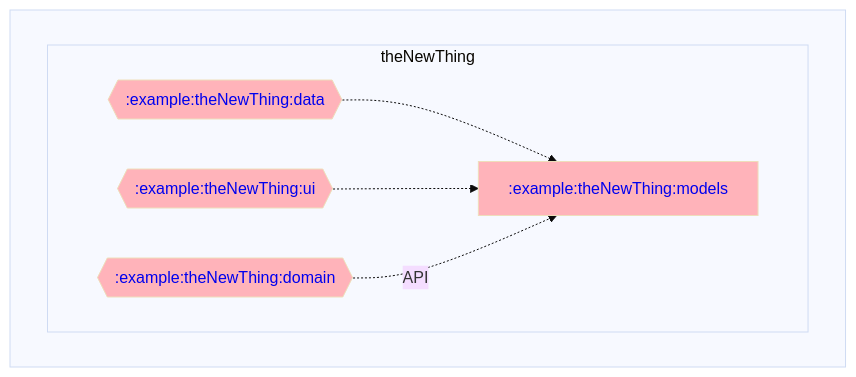
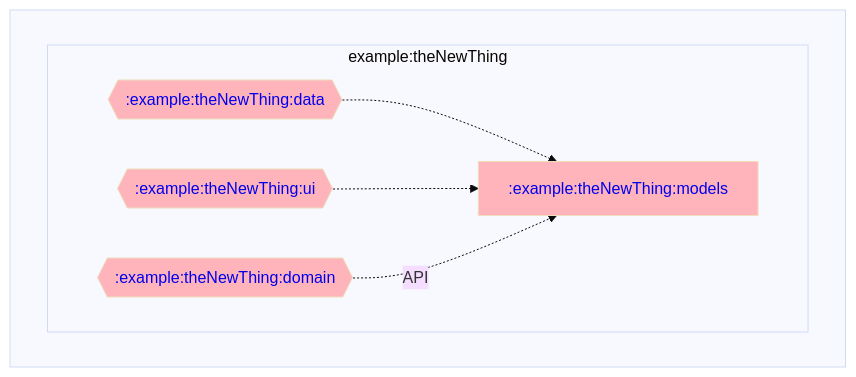
One commit to adityabhaskar/Gradle-dependency-graphs changed the diagram in example/theNewThing/models/dependencyGraph.md. Above: the diagram before and after it, drawn with Mermaid. The commit also changed 13 other files, not shown here.

Commit message:
Updated dependency graphs

````diff
--- a/example/theNewThing/models/dependencyGraph.md
+++ b/example/theNewThing/models/dependencyGraph.md
@@ -1,31 +1,31 @@
 ```mermaid
 %%{ init: { 'theme': 'base' } }%%
 graph LR;
 
 %% Styling for module nodes by type
 classDef rootNode stroke-width:4px;
 classDef mppNode fill:#ffd2b3,color:#333333;
 classDef andNode fill:#baffc9,color:#333333;
 classDef javaNode fill:#ffb3ba,color:#333333;
 
 %% Modules
 subgraph  
   direction LR;
 
 
-    subgraph theNewThing
+    subgraph example:theNewThing
       direction LR;
       :example:theNewThing:data{{<a href='https://github.com/adityabhaskar/Gradle-dependency-graphs/blob/main/example/theNewThing/data/dependencyGraph.md' style='text-decoration:auto'>:example:theNewThing:data</a>}}:::javaNode;
       :example:theNewThing:domain{{<a href='https://github.com/adityabhaskar/Gradle-dependency-graphs/blob/main/example/theNewThing/domain/dependencyGraph.md' style='text-decoration:auto'>:example:theNewThing:domain</a>}}:::javaNode;
       :example:theNewThing:models[<a href='https://github.com/adityabhaskar/Gradle-dependency-graphs/blob/main/example/theNewThing/models/dependencyGraph.md' style='text-decoration:auto'>:example:theNewThing:models</a>]:::javaNode;
       :example:theNewThing:ui{{<a href='https://github.com/adityabhaskar/Gradle-dependency-graphs/blob/main/example/theNewThing/ui/dependencyGraph.md' style='text-decoration:auto'>:example:theNewThing:ui</a>}}:::javaNode;
     end
 end
 
 %% Dependencies
 
 %% Dependents
 :example:theNewThing:data-.->:example:theNewThing:models
 :example:theNewThing:ui-.->:example:theNewThing:models
 :example:theNewThing:domain-.API.->:example:theNewThing:models
 ```
````
